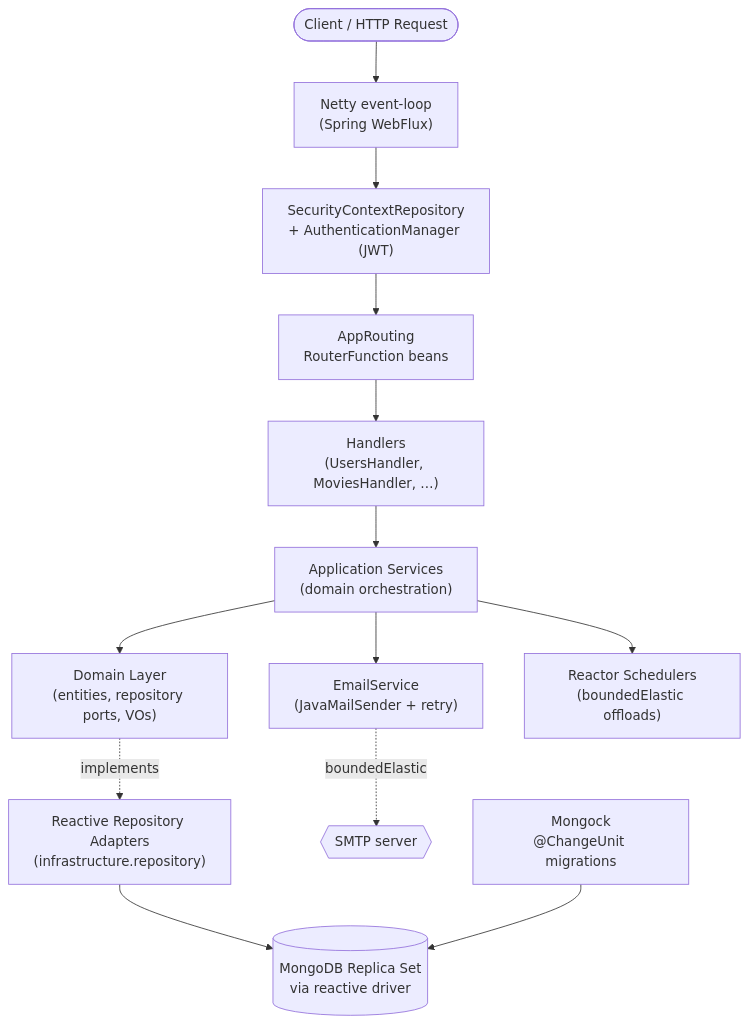
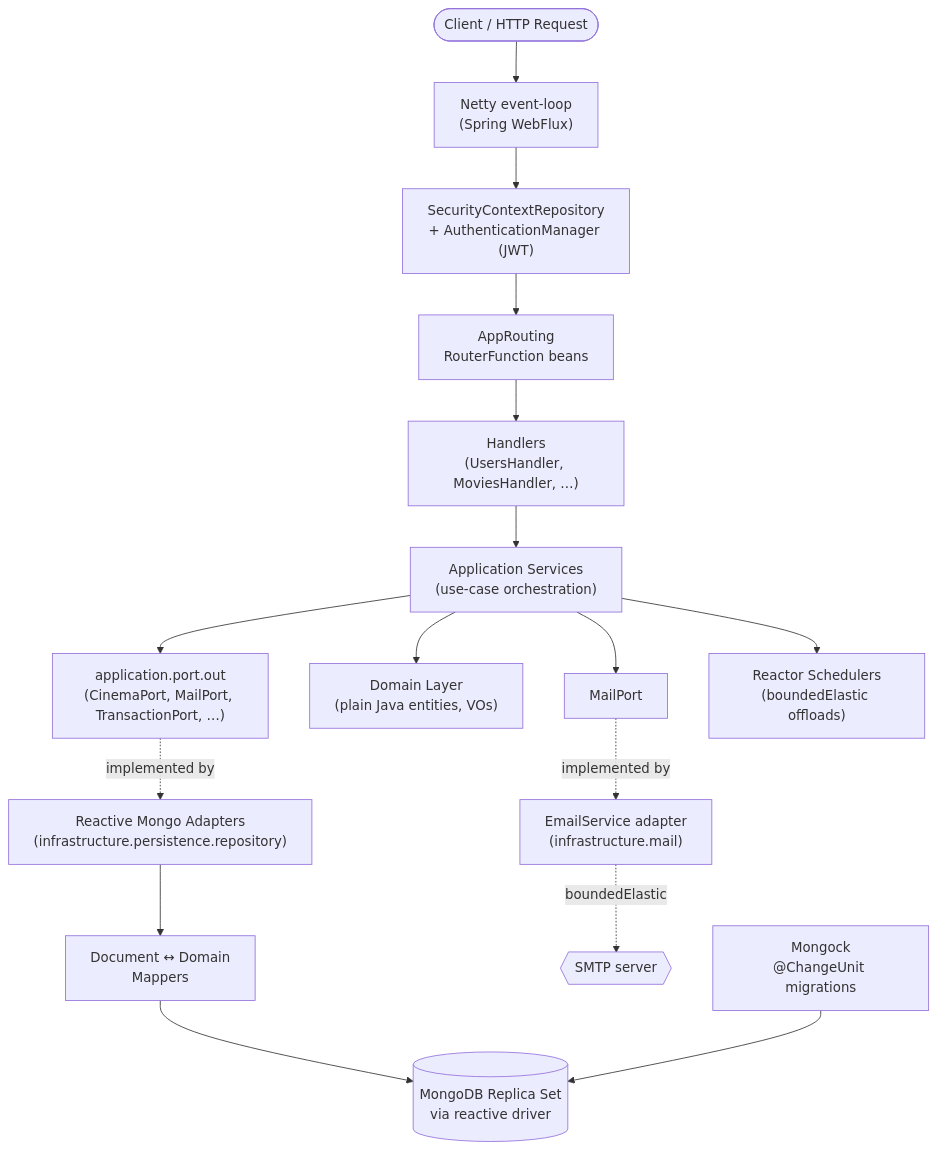
One commit to mrzodeczko-dev/Archived-Reactive-RESTful-API-with-Spring-Webflux changed the third of 4 diagrams in readme.md. Above: the diagram before and after it, drawn with Mermaid. The commit also changed other lines of this file, not shown here.

````diff
--- a/readme.md
+++ b/readme.md
@@ -394,15 +406,18 @@
 ```mermaid
 graph TD
     Client(["Client / HTTP Request"]) --> NETTY["Netty event-loop<br/>(Spring WebFlux)"]
     NETTY --> SEC["SecurityContextRepository<br/>+ AuthenticationManager (JWT)"]
     SEC --> ROUTER["AppRouting<br/>RouterFunction beans"]
     ROUTER --> H["Handlers<br/>(UsersHandler, MoviesHandler, …)"]
-    H --> APP["Application Services<br/>(domain orchestration)"]
-    APP --> DOM["Domain Layer<br/>(entities, repository ports, VOs)"]
-    DOM -.implements.-> RDR["Reactive Repository Adapters<br/>(infrastructure.repository)"]
-    RDR --> MDB[("MongoDB Replica Set<br/>via reactive driver")]
-    APP --> MAIL["EmailService<br/>(JavaMailSender + retry)"]
-    MAIL -.boundedElastic.-> SMTP{{"SMTP server"}}
+    H --> APP["Application Services<br/>(use-case orchestration)"]
+    APP --> PORTS["application.port.out<br/>(CinemaPort, MailPort, TransactionPort, …)"]
+    APP --> DOM["Domain Layer<br/>(plain Java entities, VOs)"]
+    PORTS -.implemented by.-> ADAPTERS["Reactive Mongo Adapters<br/>(infrastructure.persistence.repository)"]
+    ADAPTERS --> MAPPER["Document ↔ Domain<br/>Mappers"]
+    MAPPER --> MDB[("MongoDB Replica Set<br/>via reactive driver")]
+    APP --> MAILPORT["MailPort"]
+    MAILPORT -.implemented by.-> MAILADAPTER["EmailService adapter<br/>(infrastructure.mail)"]
+    MAILADAPTER -.boundedElastic.-> SMTP{{"SMTP server"}}
     APP --> SCHED["Reactor Schedulers<br/>(boundedElastic offloads)"]
     MONGOCK["Mongock<br/>@ChangeUnit migrations"] --> MDB
 ```
````
